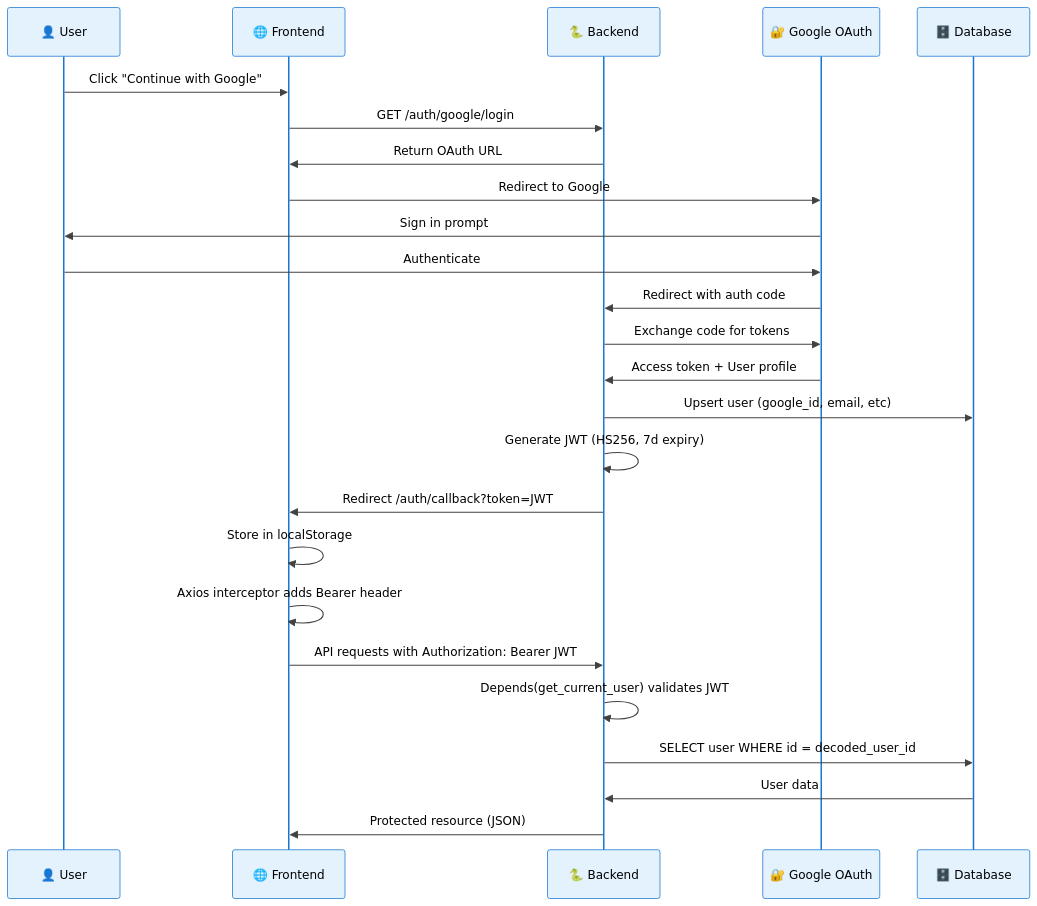
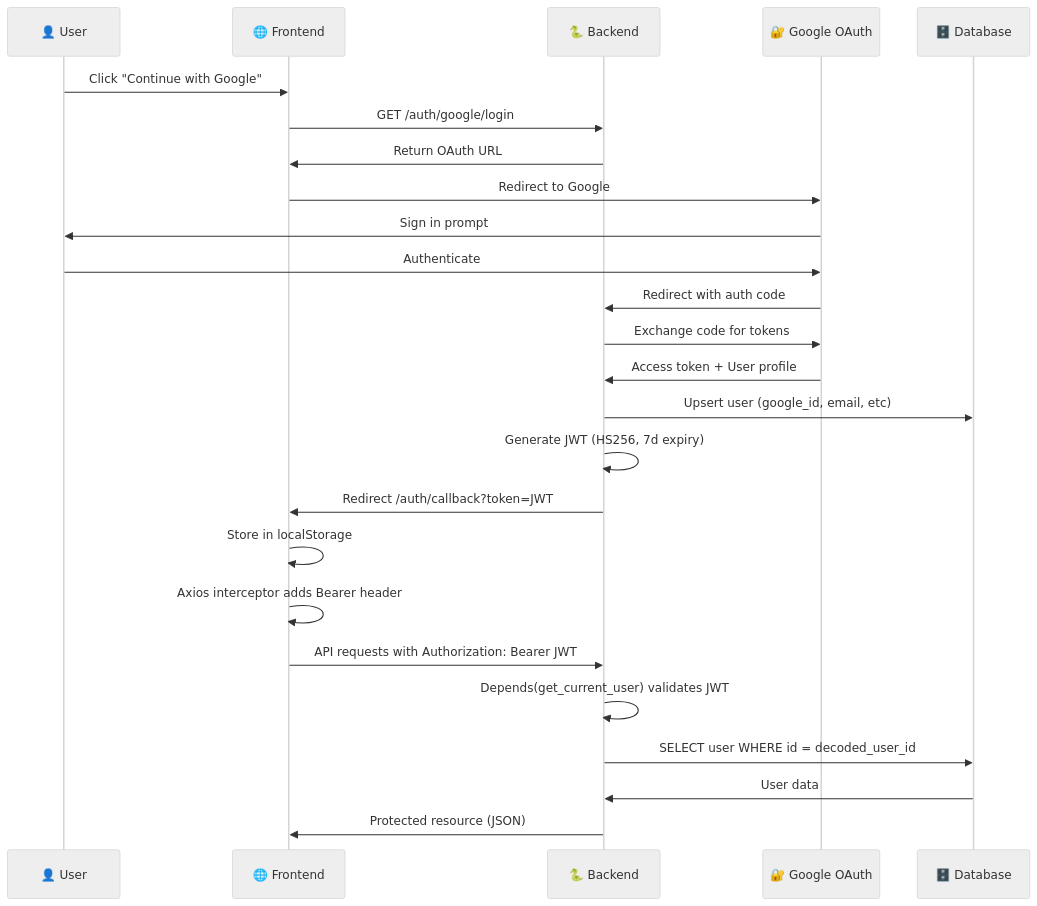
One commit to shra1-honade/protein-calorie-tracker changed the fourth of 6 diagrams in docs/ARCHITECTURE.md. Above: the diagram before and after it, drawn with Mermaid.

Commit message:
Switch authentication diagram to neutral theme for better readability

````diff
--- a/docs/ARCHITECTURE.md
+++ b/docs/ARCHITECTURE.md
@@ -122,29 +122,29 @@
 ```mermaid
-%%{init: {'theme':'base', 'themeVariables': { 'background':'#FFFFFF','primaryColor':'#E3F2FD','primaryTextColor':'#000','primaryBorderColor':'#1976D2','actorBkg':'#E3F2FD','actorBorder':'#1976D2','actorTextColor':'#000','actorLineColor':'#1976D2','signalColor':'#424242','signalTextColor':'#000','labelBoxBkgColor':'#FFFFFF','labelBoxBorderColor':'#424242','labelTextColor':'#000','loopTextColor':'#000','noteBkgColor':'#FFEBEE','noteBorderColor':'#D32F2F','noteTextColor':'#000','activationBkgColor':'#FFE0B2','activationBorderColor':'#F57C00','sequenceNumberColor':'#FFFFFF'}}}%%
+%%{init: {'theme':'neutral'}}%%
 sequenceDiagram
     participant U as 👤 User
     participant F as 🌐 Frontend
     participant B as 🐍 Backend
     participant G as 🔐 Google OAuth
     participant D as 🗄️ Database
 
     U->>F: Click "Continue with Google"
     F->>B: GET /auth/google/login
     B->>F: Return OAuth URL
     F->>G: Redirect to Google
     G->>U: Sign in prompt
     U->>G: Authenticate
     G->>B: Redirect with auth code
     B->>G: Exchange code for tokens
     G->>B: Access token + User profile
     B->>D: Upsert user (google_id, email, etc)
     B->>B: Generate JWT (HS256, 7d expiry)
     B->>F: Redirect /auth/callback?token=JWT
     F->>F: Store in localStorage
     F->>F: Axios interceptor adds Bearer header
     F->>B: API requests with Authorization: Bearer JWT
     B->>B: Depends(get_current_user) validates JWT
     B->>D: SELECT user WHERE id = decoded_user_id
     D->>B: User data
     B->>F: Protected resource (JSON)
 ```
````
